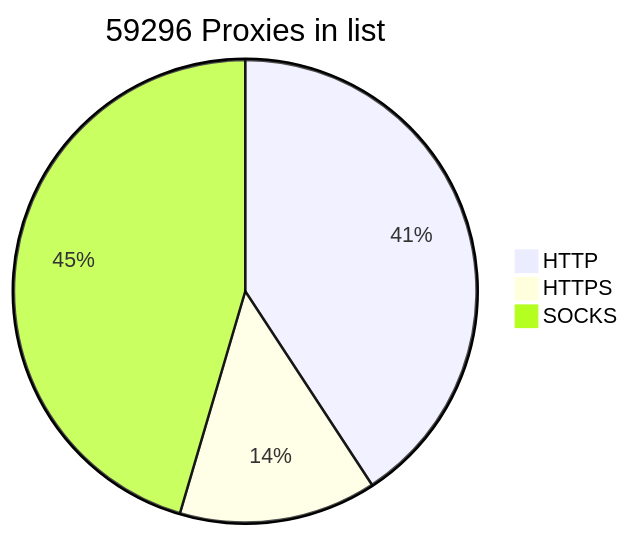
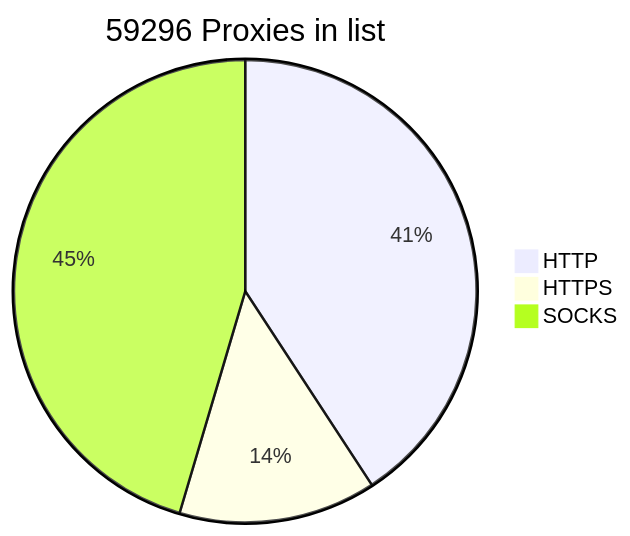
The diagram in README.md (BlackSnowDot/proxylist-update-every-minute), drawn with Mermaid before and after one commit. The commit also changed other lines of this file, not shown here.

````diff
--- a/README.md
+++ b/README.md
@@ -2,6 +2,6 @@
 ```mermaid
 pie title 59296 Proxies in list
-    "HTTP" : 27252
-    "HTTPS": 9210
+    "HTTP" : 27276
+    "HTTPS": 9226
     "SOCKS" : 30374
 ```
````
